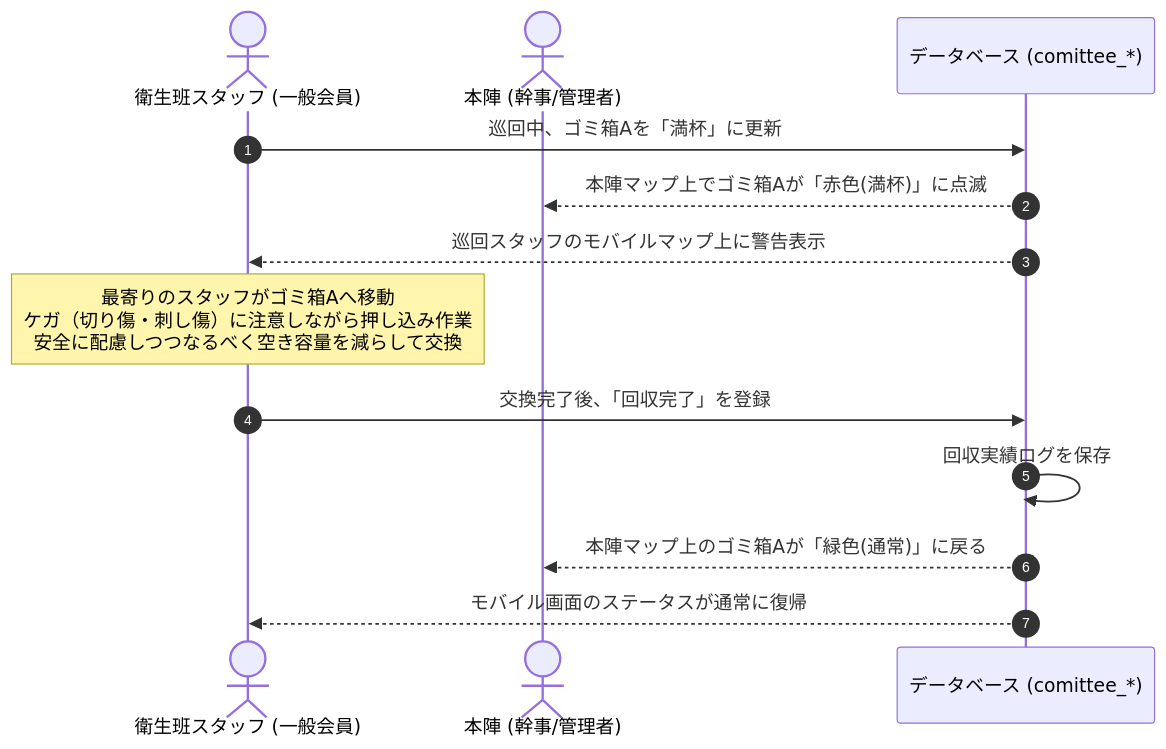
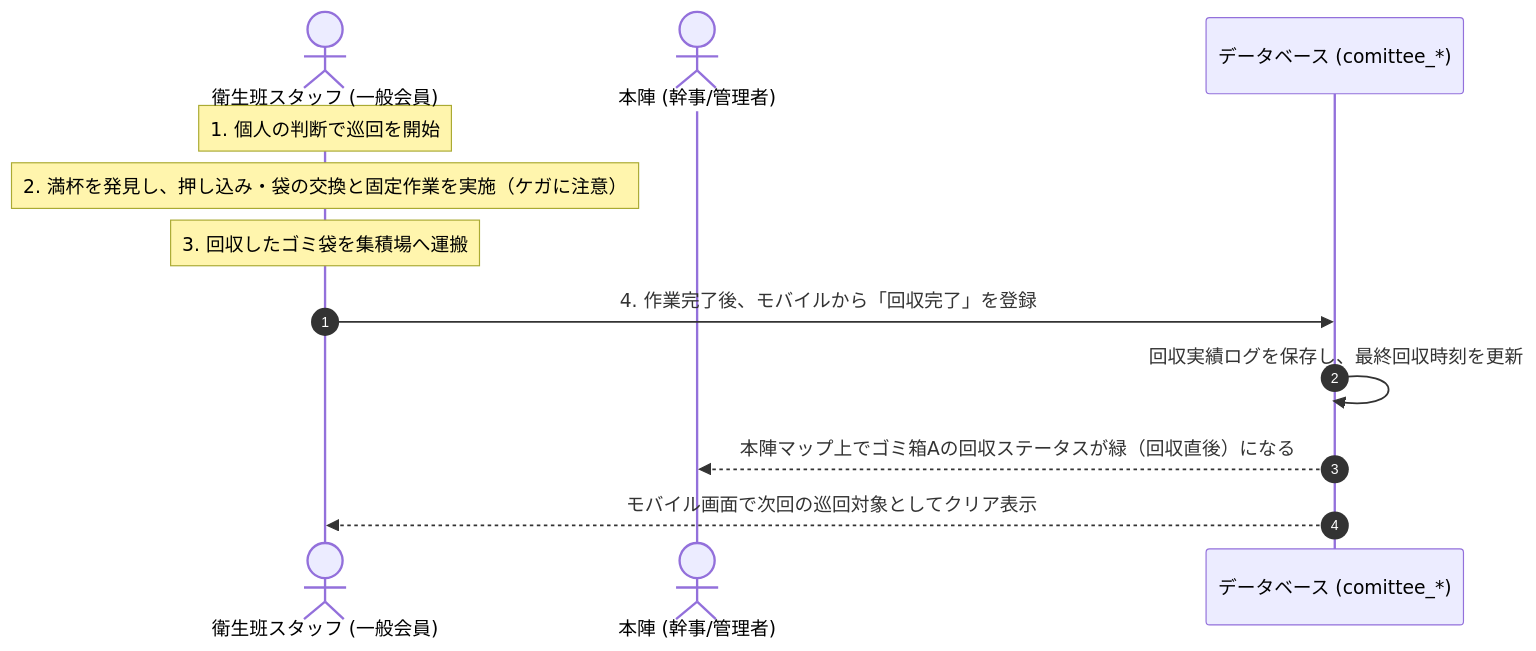
The diagram in docs/hygiene/hygiene_specifications.md (tonoaki-sato/syukuba-executive-committee), drawn with Mermaid before and after one commit. The commit also changed other lines of this file and 3 other files, not shown here.

````diff
--- a/docs/hygiene/hygiene_specifications.md
+++ b/docs/hygiene/hygiene_specifications.md
@@ -50,16 +65,15 @@
 ```mermaid
 sequenceDiagram
     autonumber
     actor Staff as 衛生班スタッフ (一般会員)
     actor HQ as 本陣 (幹事/管理者)
     participant DB as データベース (comittee_*)
     
-    Staff->>DB: 巡回中、ゴミ箱Aを「満杯」に更新
-    DB-->>HQ: 本陣マップ上でゴミ箱Aが「赤色(満杯)」に点滅
-    DB-->>Staff: 巡回スタッフのモバイルマップ上に警告表示
-    Note over Staff: 最寄りのスタッフがゴミ箱Aへ移動<br/>ケガ（切り傷・刺し傷）に注意しながら押し込み作業<br/>安全に配慮しつつなるべく空き容量を減らして交換
-    Staff->>DB: 交換完了後、「回収完了」を登録
-    DB->>DB: 回収実績ログを保存
-    DB-->>HQ: 本陣マップ上のゴミ箱Aが「緑色(通常)」に戻る
-    DB-->>Staff: モバイル画面のステータスが通常に復帰
+    Note over Staff: 1. 個人の判断で巡回を開始
+    Note over Staff: 2. 満杯を発見し、押し込み・袋の交換と固定作業を実施（ケガに注意）
+    Note over Staff: 3. 回収したゴミ袋を集積場へ運搬
+    Staff->>DB: 4. 作業完了後、モバイルから「回収完了」を登録
+    DB->>DB: 回収実績ログを保存し、最終回収時刻を更新
+    DB-->>HQ: 本陣マップ上でゴミ箱Aの回収ステータスが緑（回収直後）になる
+    DB-->>Staff: モバイル画面で次回の巡回対象としてクリア表示
 ```
````
